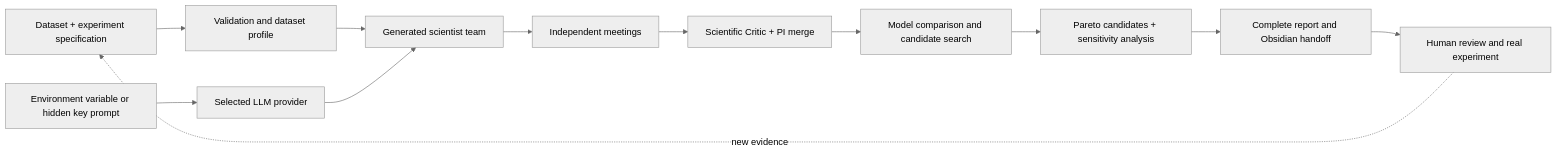
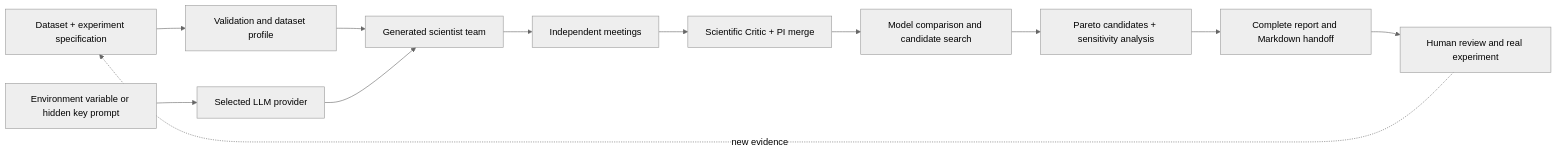
The diagram in README.md (HongYu-Wu-Andy/virtual-lab-experiment), drawn with Mermaid (neutral theme) before and after one commit. The commit also changed other lines of this file and 12 other files, not shown here.

````diff
--- a/README.md
+++ b/README.md
@@ -23,14 +23,14 @@
 ```mermaid
 flowchart LR
     A["Dataset + experiment specification"] --> B["Validation and dataset profile"]
     B --> C["Generated scientist team"]
     C --> D["Independent meetings"]
     D --> E["Scientific Critic + PI merge"]
     E --> F["Model comparison and candidate search"]
     F --> G["Pareto candidates + sensitivity analysis"]
-    G --> H["Complete report and Obsidian handoff"]
+    G --> H["Complete report and Markdown handoff"]
     H --> I["Human review and real experiment"]
     I -. "new evidence" .-> A
     J["Selected LLM provider"] --> C
     K["Environment variable or hidden key prompt"] --> J
 ```
````
